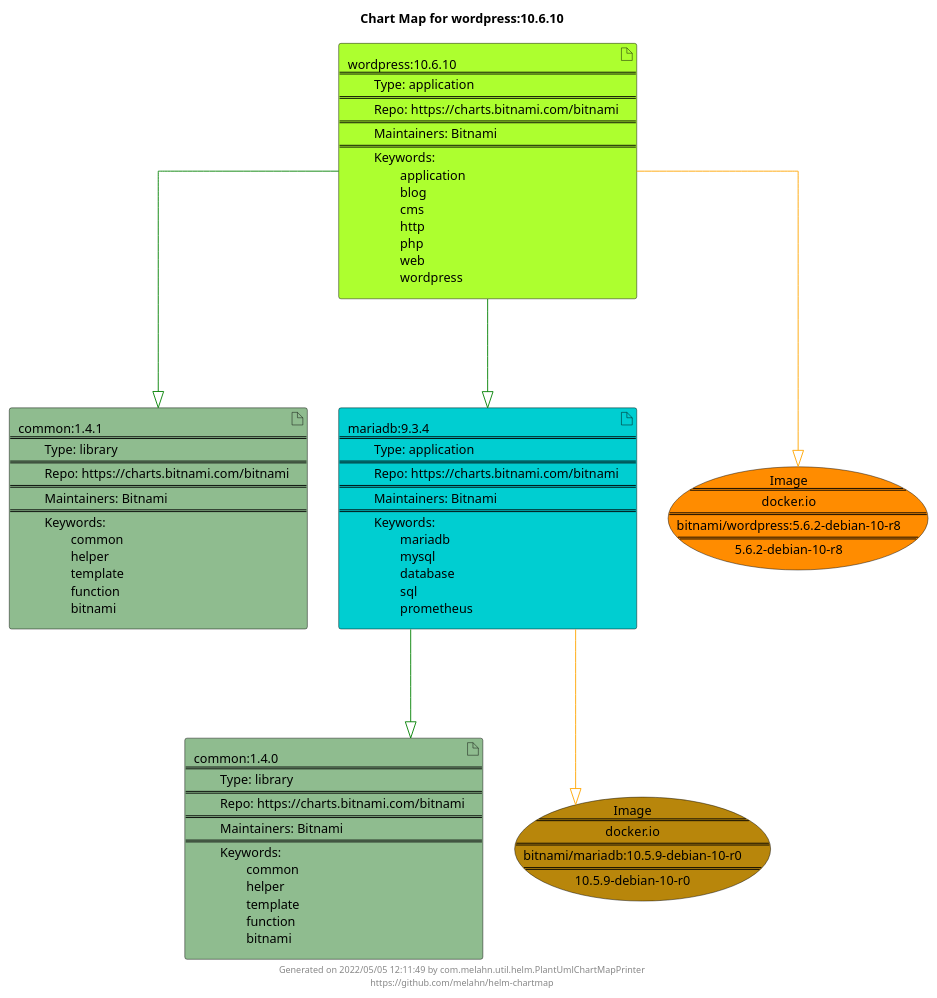
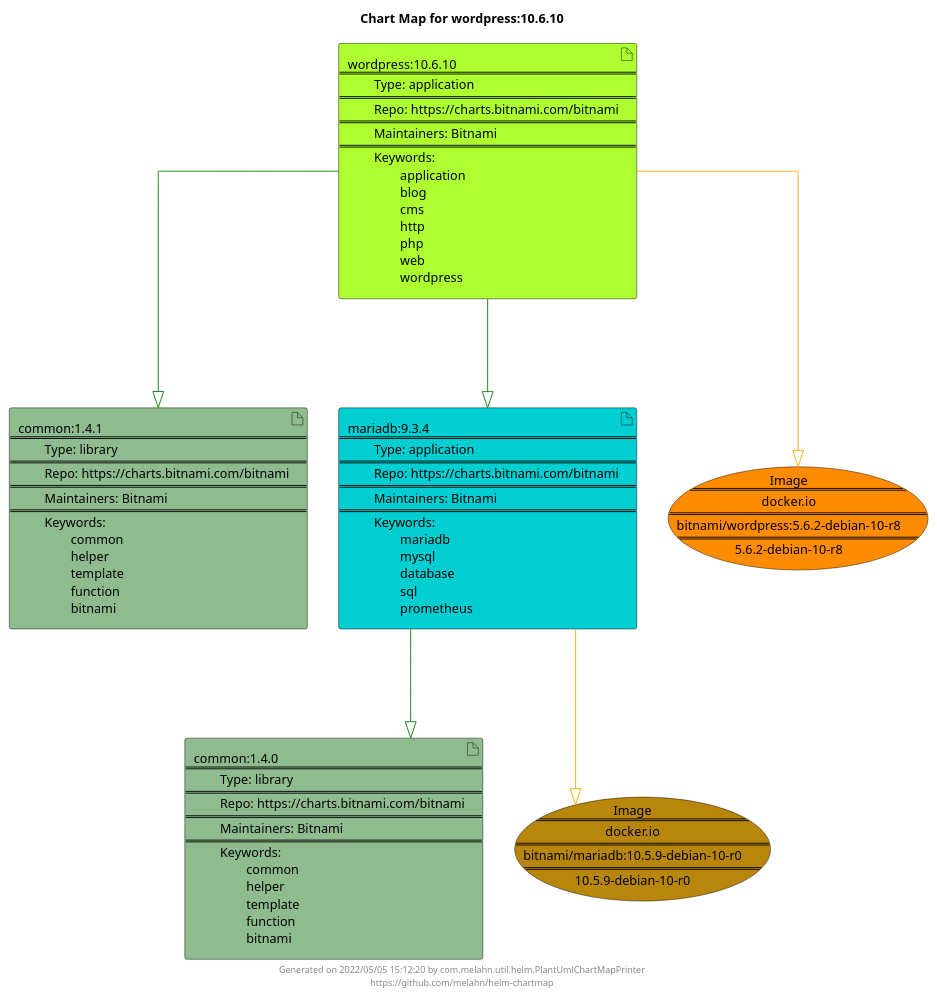
One commit to melahn/helm-chartmap changed the diagram in docs/wordpress/wordpress-10.6.10.puml. Above: the diagram before and after it, drawn with PlantUML. The commit also changed 57 other files, not shown here.

Commit message:
Update Example Chart Maps as part of GitHub build

```diff
--- a/docs/wordpress/wordpress-10.6.10.puml
+++ b/docs/wordpress/wordpress-10.6.10.puml
@@ -1,29 +1,29 @@
 @startuml
 skinparam linetype ortho
 skinparam backgroundColor white
 skinparam usecaseBorderColor black
 skinparam usecaseArrowColor LightSlateGray
 skinparam artifactBorderColor black
 skinparam artifactArrowColor LightSlateGray
 
 title Chart Map for wordpress:10.6.10
 
 'There are 4 referenced Helm Charts
 artifact "common:1.4.1\n====\n\tType: library\n====\n\tRepo: https://charts.bitnami.com/bitnami\n====\n\tMaintainers: Bitnami\n====\n\tKeywords: \n\t\tcommon\n\t\thelper\n\t\ttemplate\n\t\tfunction\n\t\tbitnami" as common_1_4_1 #DarkSeaGreen
 artifact "mariadb:9.3.4\n====\n\tType: application\n====\n\tRepo: https://charts.bitnami.com/bitnami\n====\n\tMaintainers: Bitnami\n====\n\tKeywords: \n\t\tmariadb\n\t\tmysql\n\t\tdatabase\n\t\tsql\n\t\tprometheus" as mariadb_9_3_4 #DarkTurquoise
 artifact "common:1.4.0\n====\n\tType: library\n====\n\tRepo: https://charts.bitnami.com/bitnami\n====\n\tMaintainers: Bitnami\n====\n\tKeywords: \n\t\tcommon\n\t\thelper\n\t\ttemplate\n\t\tfunction\n\t\tbitnami" as common_1_4_0 #DarkSeaGreen
 artifact "wordpress:10.6.10\n====\n\tType: application\n====\n\tRepo: https://charts.bitnami.com/bitnami\n====\n\tMaintainers: Bitnami\n====\n\tKeywords: \n\t\tapplication\n\t\tblog\n\t\tcms\n\t\thttp\n\t\tphp\n\t\tweb\n\t\twordpress" as wordpress_10_6_10 #GreenYellow
 
 'There are 2 referenced Docker Images
 usecase "Image\n====\ndocker.io\n====\nbitnami/wordpress:5.6.2-debian-10-r8\n====\n5.6.2-debian-10-r8" as docker_io_bitnami_wordpress_5_6_2_debian_10_r8 #Darkorange
 usecase "Image\n====\ndocker.io\n====\nbitnami/mariadb:10.5.9-debian-10-r0\n====\n10.5.9-debian-10-r0" as docker_io_bitnami_mariadb_10_5_9_debian_10_r0 #DarkGoldenRod
 
 'Chart Dependencies
 wordpress_10_6_10--[#green]-|>common_1_4_1
 wordpress_10_6_10--[#green]-|>mariadb_9_3_4
 mariadb_9_3_4--[#green]-|>common_1_4_0
 mariadb_9_3_4--[#orange]-|>docker_io_bitnami_mariadb_10_5_9_debian_10_r0
 wordpress_10_6_10--[#orange]-|>docker_io_bitnami_wordpress_5_6_2_debian_10_r8
 
-center footer Generated on 2022/05/05 12:11:49 by com.melahn.util.helm.PlantUmlChartMapPrinter\nhttps://github.com/melahn/helm-chartmap
+center footer Generated on 2022/05/05 15:12:20 by com.melahn.util.helm.PlantUmlChartMapPrinter\nhttps://github.com/melahn/helm-chartmap
 @enduml
```
